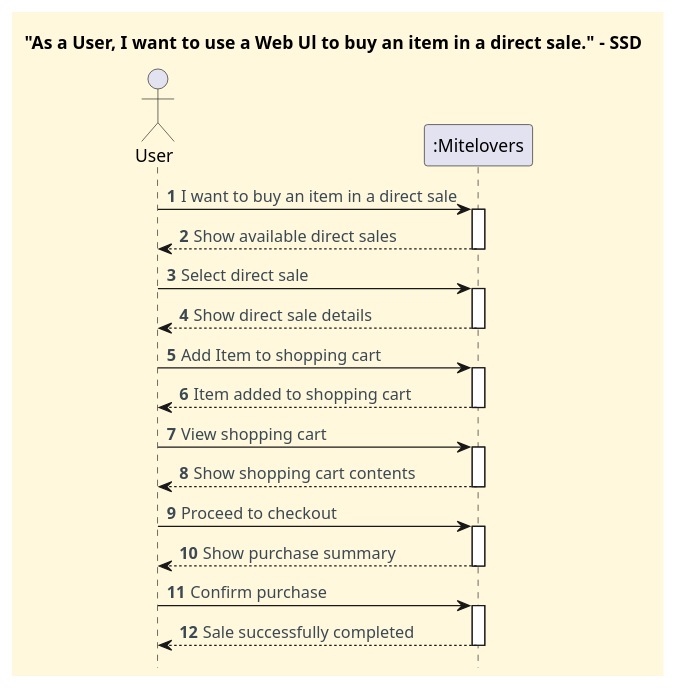
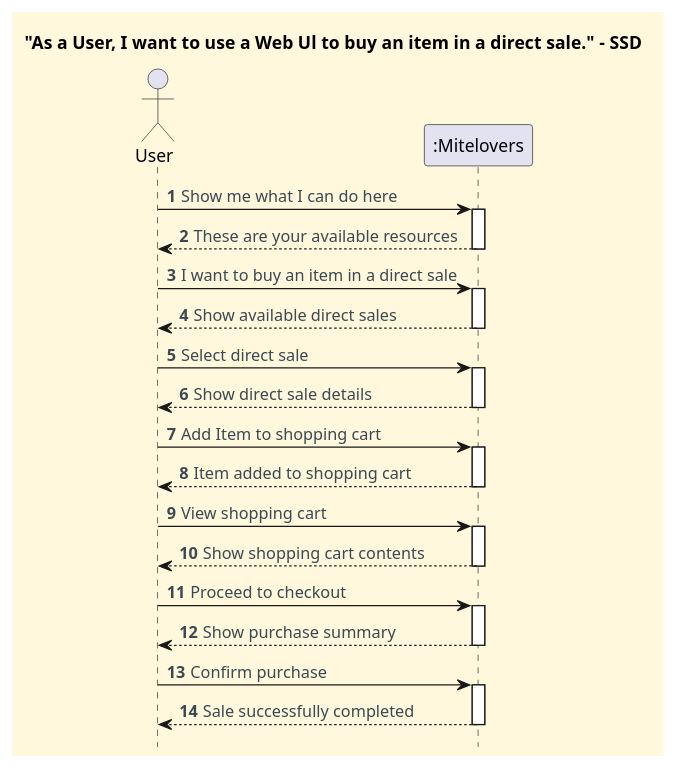
Before and after one commit to CarolinaLeite-collab/JavaMarketplacePlatform: the diagram in docs/client-server-diagrams/buy-item-on-direct-sale/Process_View_SSD.puml, drawn with PlantUML.

Commit message:
docs(ssd): include OPTIONS (PR #1103)

```diff
--- a/docs/client-server-diagrams/buy-item-on-direct-sale/Process_View_SSD.puml
+++ b/docs/client-server-diagrams/buy-item-on-direct-sale/Process_View_SSD.puml
@@ -1,55 +1,60 @@
 @startuml
 
 '==== basic style ====
 hide stereotype
 skinparam monochrome false
 skinparam shadowing false
 skinparam defaultFontName Futura
 skinparam objectFontSize 20
 skinparam backgroundColor CornSilk
 skinparam objectBackgroundColor WhiteSmoke
 skinparam noteBackgroundColor #FFFFE0
 skinparam ArrowFontColor #3B4953
 skinparam ActivationBackgroundColor black
 hidefootbox
 
 autonumber
 
 title "As a User, I want to use a Web Ul to buy an item in a direct sale." - SSD
 
 ' --- Actor and participants ---
 
 actor User
 participant ":Mitelovers" as mite
+
+User -> mite : Show me what I can do here
+activate mite
+mite --> User : These are your available resources
+deactivate mite
 
 User -> mite : I want to buy an item in a direct sale
 activate mite
 mite --> User : Show available direct sales
 deactivate mite
 
 User -> mite : Select direct sale
 activate mite
 mite --> User : Show direct sale details
 deactivate mite
 
 User -> mite : Add Item to shopping cart
 activate mite
 mite --> User : Item added to shopping cart
 deactivate mite
 
 User -> mite : View shopping cart
 activate mite
 mite --> User : Show shopping cart contents
 deactivate mite
 
 User -> mite : Proceed to checkout
 activate mite
 mite --> User : Show purchase summary
 deactivate mite
 
 User -> mite : Confirm purchase
 activate mite
 mite --> User : Sale successfully completed
 deactivate mite
 
 @enduml
```
